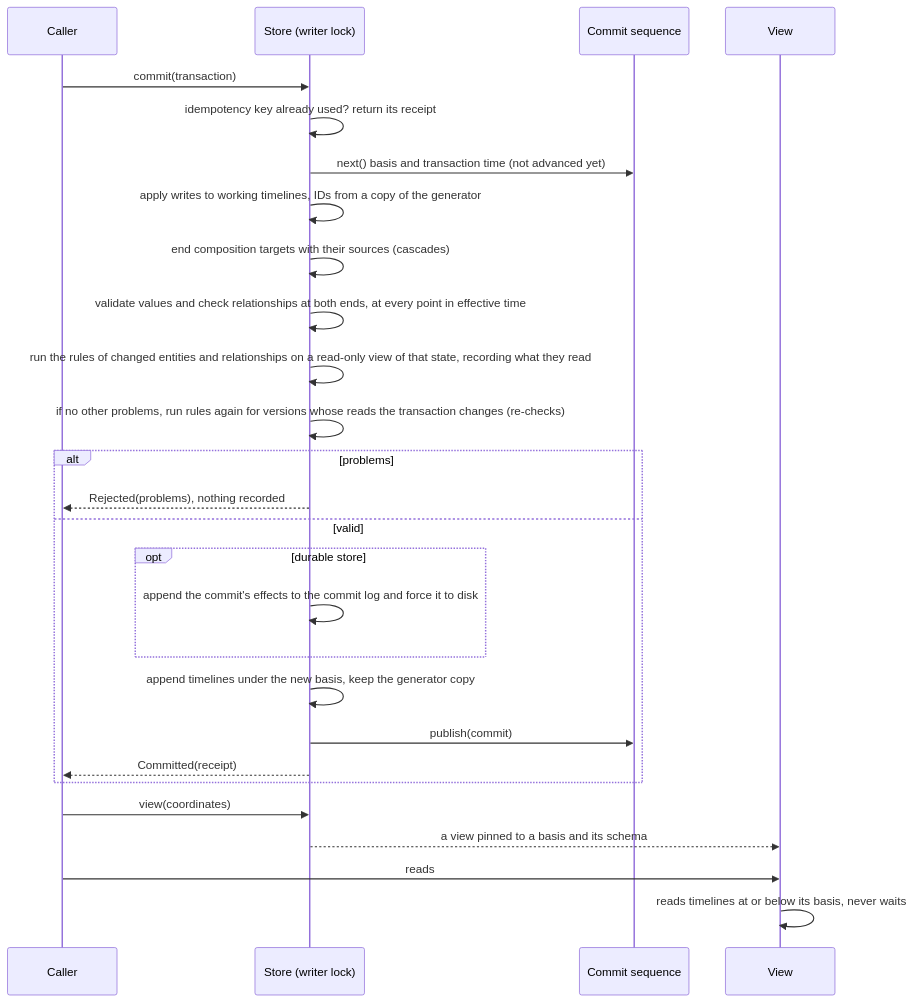
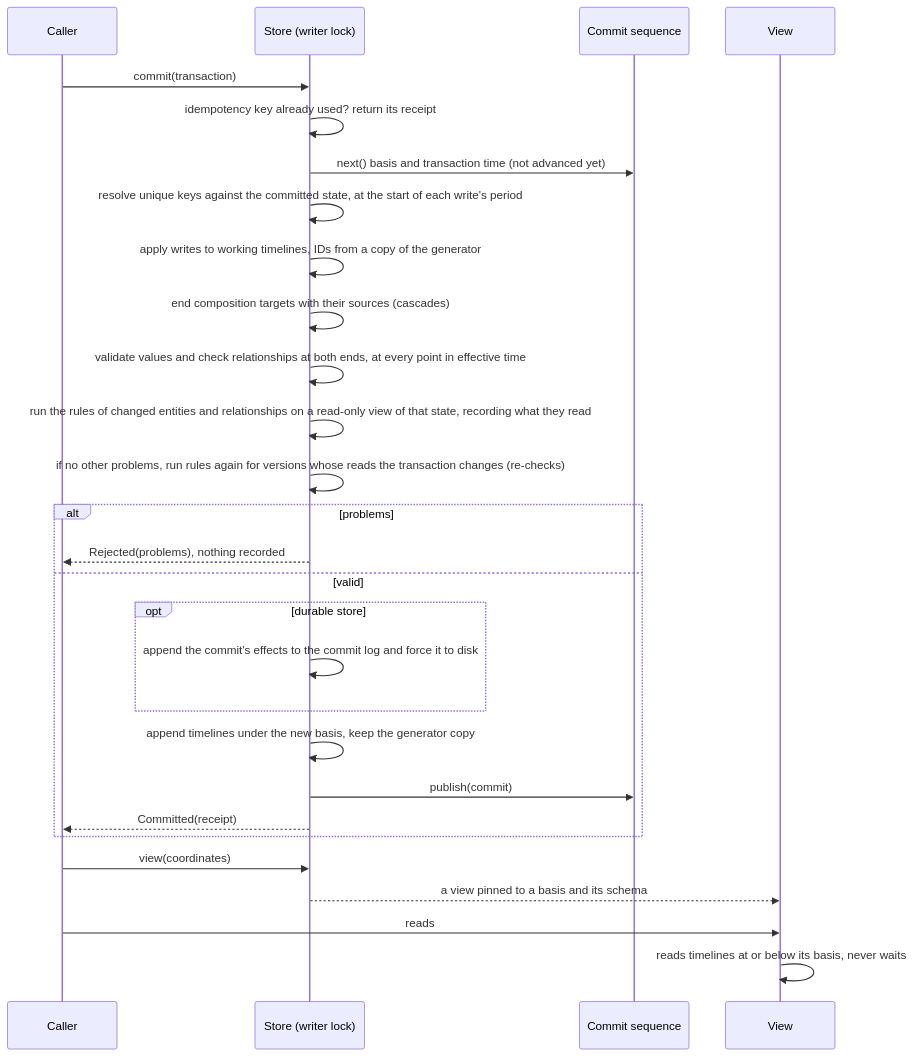
The third of 3 diagrams in docs/architecture/README.md (enricoag1982/Cairn), drawn with Mermaid before and after one commit. The commit also changed other lines of this file and 16 other files, not shown here.

````diff
--- a/docs/architecture/README.md
+++ b/docs/architecture/README.md
@@ -109,29 +109,30 @@
 ```mermaid
 sequenceDiagram
     participant C as Caller
     participant S as Store (writer lock)
     participant Q as Commit sequence
     participant V as View
     C->>S: commit(transaction)
     S->>S: idempotency key already used? return its receipt
     S->>Q: next() basis and transaction time (not advanced yet)
+    S->>S: resolve unique keys against the committed state, at the start of each write's period
     S->>S: apply writes to working timelines, IDs from a copy of the generator
     S->>S: end composition targets with their sources (cascades)
     S->>S: validate values and check relationships at both ends, at every point in effective time
     S->>S: run the rules of changed entities and relationships on a read-only view of that state, recording what they read
     S->>S: if no other problems, run rules again for versions whose reads the transaction changes (re-checks)
     alt problems
         S-->>C: Rejected(problems), nothing recorded
     else valid
         opt durable store
             S->>S: append the commit's effects to the commit log and force it to disk
         end
         S->>S: append timelines under the new basis, keep the generator copy
         S->>Q: publish(commit)
         S-->>C: Committed(receipt)
     end
     C->>S: view(coordinates)
     S-->>V: a view pinned to a basis and its schema
     C->>V: reads
     V->>V: reads timelines at or below its basis, never waits
 ```
````
